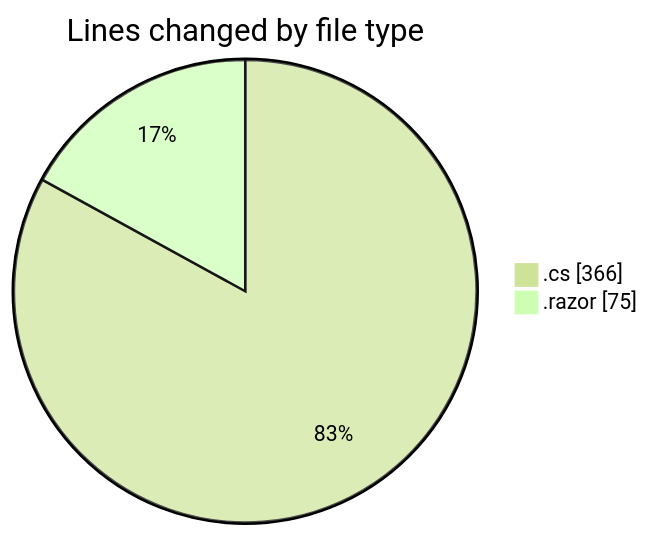
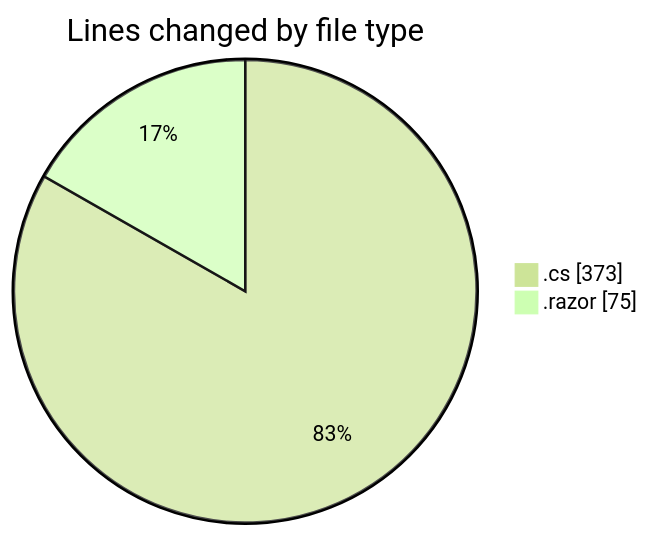
One commit to Netris89/code-tracking changed the first of 2 diagrams in 2025-03-30/front-end/README.md. Above: the diagram before and after it, drawn with Mermaid (forest theme). The commit also changed other lines of this file and 1 other file, not shown here.

````diff
--- a/2025-03-30/front-end/README.md
+++ b/2025-03-30/front-end/README.md
@@ -25,6 +25,6 @@
 ```mermaid
 pie showData
 title Lines changed by file type
-".cs" : 366
+".cs" : 373
 ".razor" : 75
 ```
````
